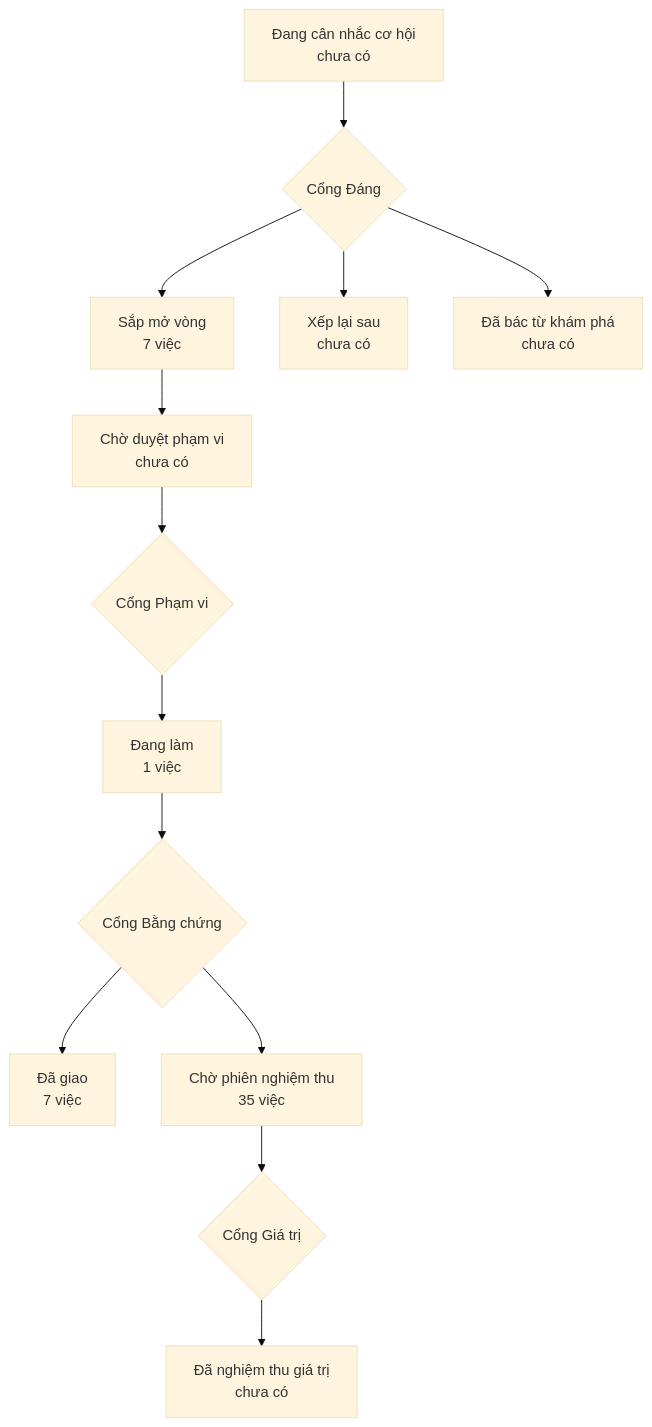
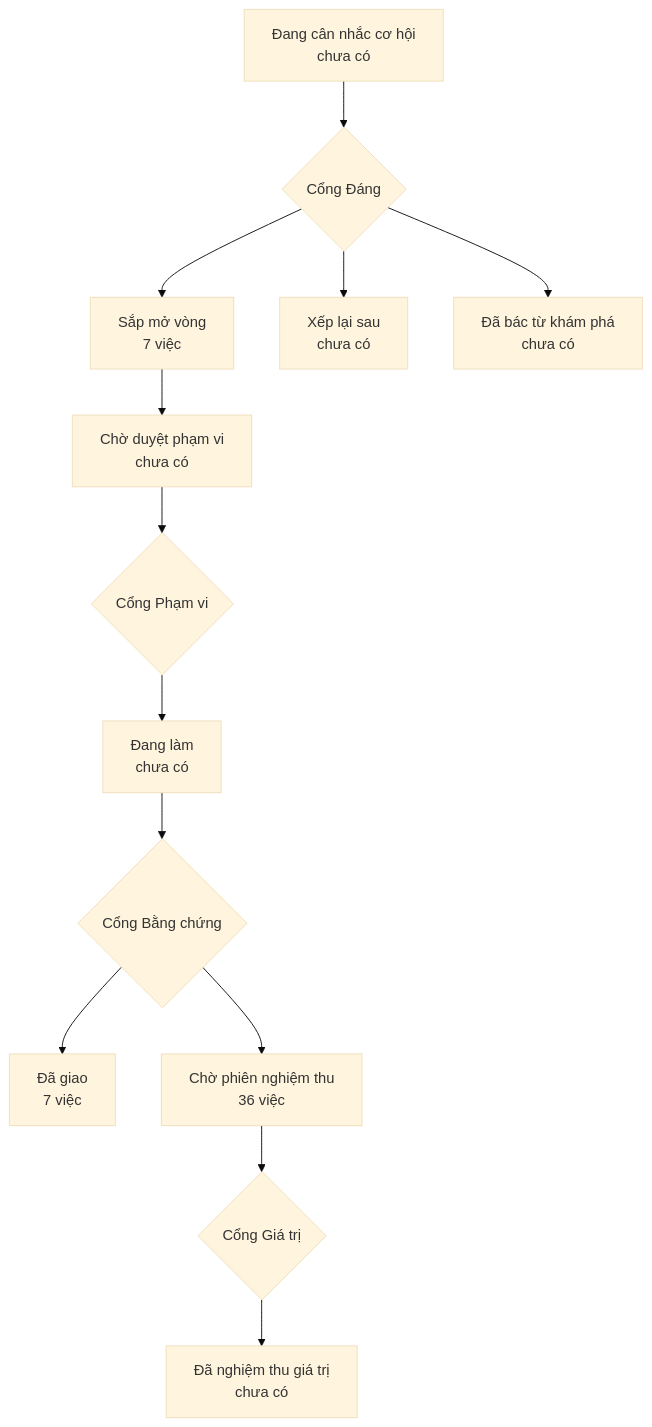
Before and after one commit to phanlemanh/onehub-quy-hang: the diagram in PRODUCT-MAP.md, drawn with Mermaid (base theme). The commit also changed other lines of this file and 4 other files, not shown here.

````diff
--- a/PRODUCT-MAP.md
+++ b/PRODUCT-MAP.md
@@ -7,12 +7,12 @@
 ```mermaid
 flowchart TD
   A["Đang cân nhắc cơ hội<br/>chưa có"] --> GD{"Cổng Đáng"}
   GD --> B["Sắp mở vòng<br/>7 việc"]
   GD --> XL["Xếp lại sau<br/>chưa có"]
   GD --> DB["Đã bác từ khám phá<br/>chưa có"]
   B --> CD["Chờ duyệt phạm vi<br/>chưa có"] --> GP{"Cổng Phạm vi"}
-  GP --> DL["Đang làm<br/>1 việc"] --> GB{"Cổng Bằng chứng"}
+  GP --> DL["Đang làm<br/>chưa có"] --> GB{"Cổng Bằng chứng"}
   GB --> DG["Đã giao<br/>7 việc"]
-  GB --> CN["Chờ phiên nghiệm thu<br/>35 việc"] --> GG{"Cổng Giá trị"}
+  GB --> CN["Chờ phiên nghiệm thu<br/>36 việc"] --> GG{"Cổng Giá trị"}
   GG --> NT["Đã nghiệm thu giá trị<br/>chưa có"]
 ```
````
